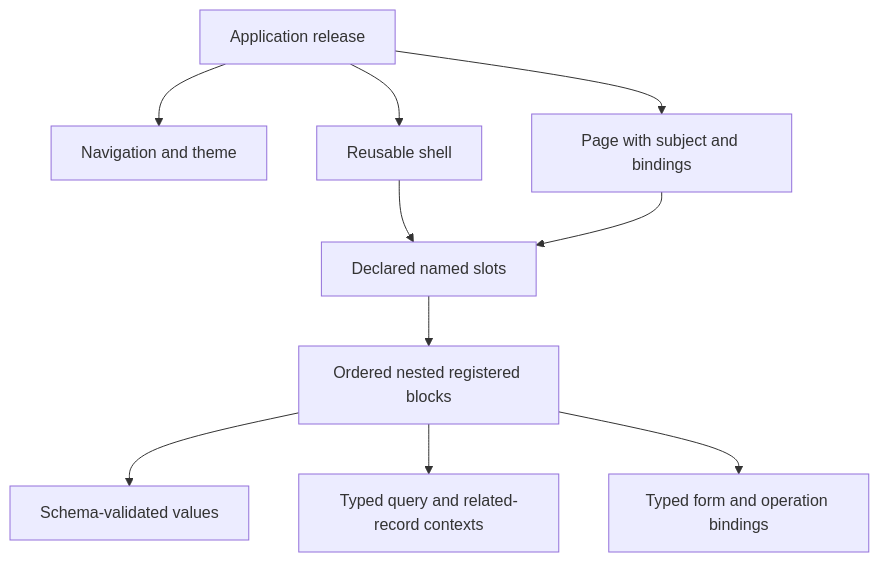
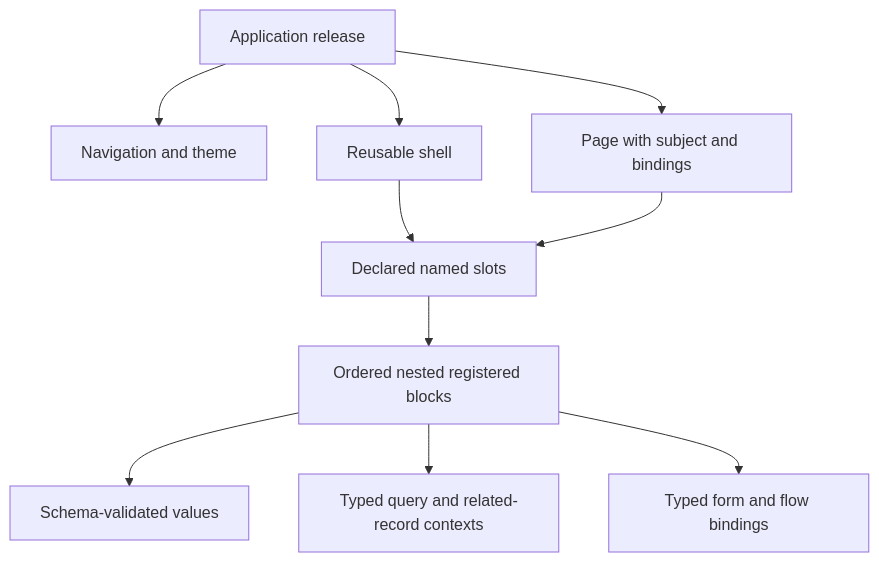
One commit to Abzum-NZ/Abzum-Vortex changed the third of 3 diagrams in docs/specification/07-applications-pages-and-themes.md. Above: the diagram before and after it, drawn with Mermaid. The commit also changed other lines of this file and 5 other files, not shown here.

````diff
--- a/docs/specification/07-applications-pages-and-themes.md
+++ b/docs/specification/07-applications-pages-and-themes.md
@@ -243,12 +243,12 @@
 ```mermaid
 flowchart TD
     APP[Application release] --> NAV[Navigation and theme]
     APP --> SHELL[Reusable shell]
     SHELL --> SLOT[Declared named slots]
     APP --> PAGE[Page with subject and bindings]
     PAGE --> SLOT
     SLOT --> TREE[Ordered nested registered blocks]
     TREE --> SETTINGS[Schema-validated values]
     TREE --> DATA[Typed query and related-record contexts]
-    TREE --> OP[Typed form and operation bindings]
+    TREE --> OP[Typed form and flow bindings]
 ```
````
